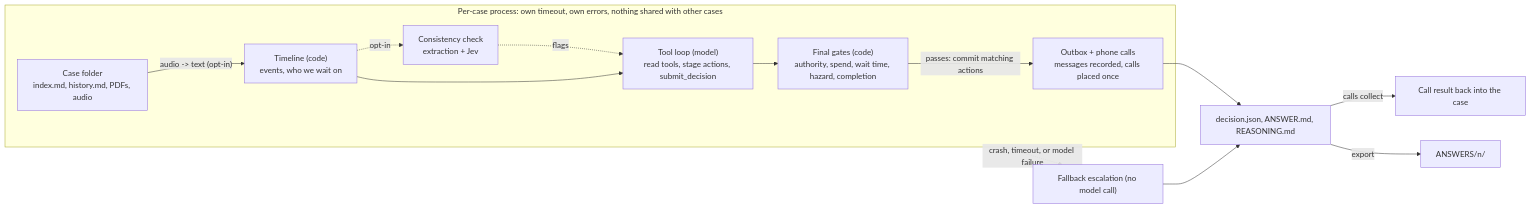
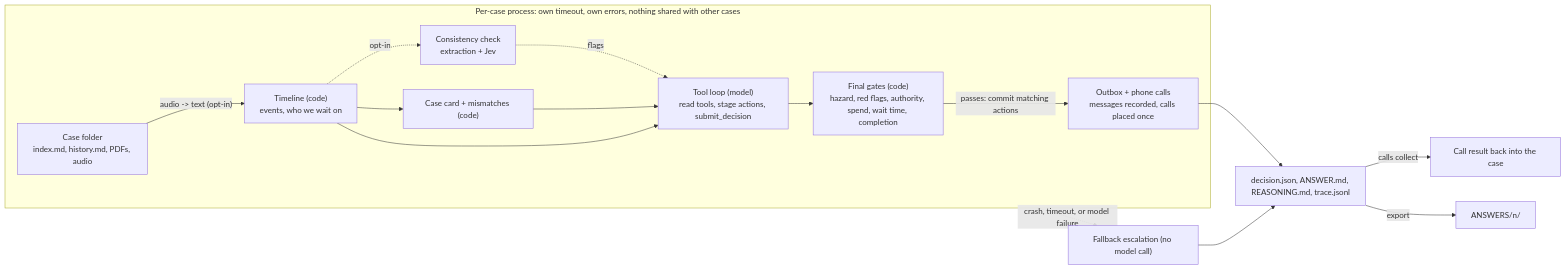
The diagram in README.md (kulakovvad/lettable), drawn with Mermaid before and after one commit. The commit also changed other lines of this file and 1 other file, not shown here.

````diff
--- a/README.md
+++ b/README.md
@@ -27,16 +40,18 @@
 ```mermaid
 flowchart LR
   subgraph W["Per-case process: own timeout, own errors, nothing shared with other cases"]
     A["Case folder<br/>index.md, history.md, PDFs, audio"] -->|"audio -> text (opt-in)"| B["Timeline (code)<br/>events, who we wait on"]
+    B --> CC["Case card + mismatches (code)"]
     B -.->|"opt-in"| K["Consistency check<br/>extraction + Jev"]
     K -.->|flags| C
+    CC --> C
     B --> C["Tool loop (model)<br/>read tools, stage actions, submit_decision"]
-    C --> D["Final gates (code)<br/>authority, spend, wait time, hazard, completion"]
+    C --> D["Final gates (code)<br/>hazard, red flags, authority, spend, wait time, completion"]
     D -->|"passes: commit matching actions"| E["Outbox + phone calls<br/>messages recorded, calls placed once"]
   end
-  E --> F["decision.json, ANSWER.md, REASONING.md"]
+  E --> F["decision.json, ANSWER.md, REASONING.md, trace.jsonl"]
   W -. "crash, timeout, or model failure" .-> G["Fallback escalation (no model call)"]
   G --> F
   F -->|"calls collect"| H["Call result back into the case"]
   F -->|"export"| I["ANSWERS/n/"]
 ```
````
